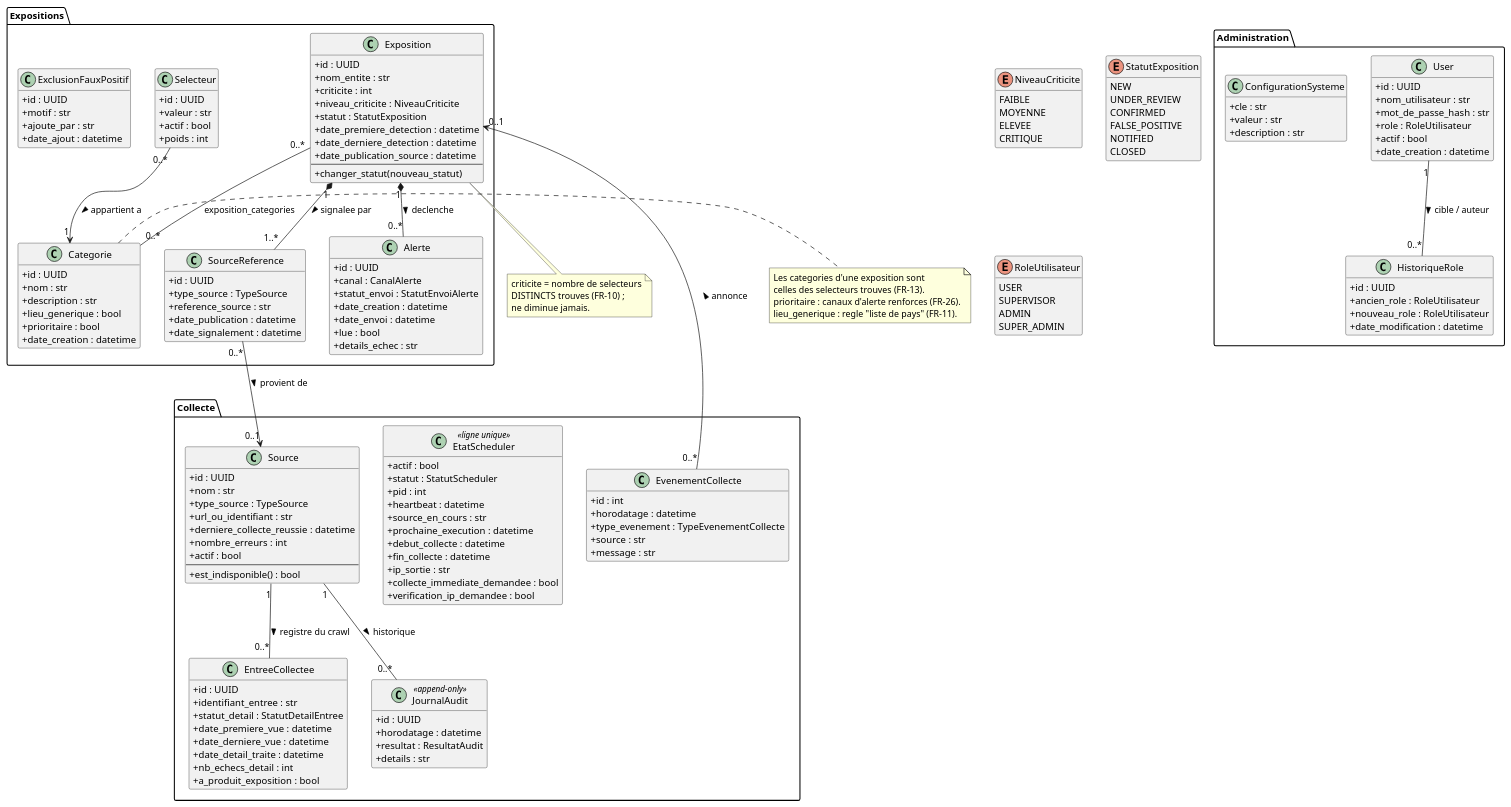
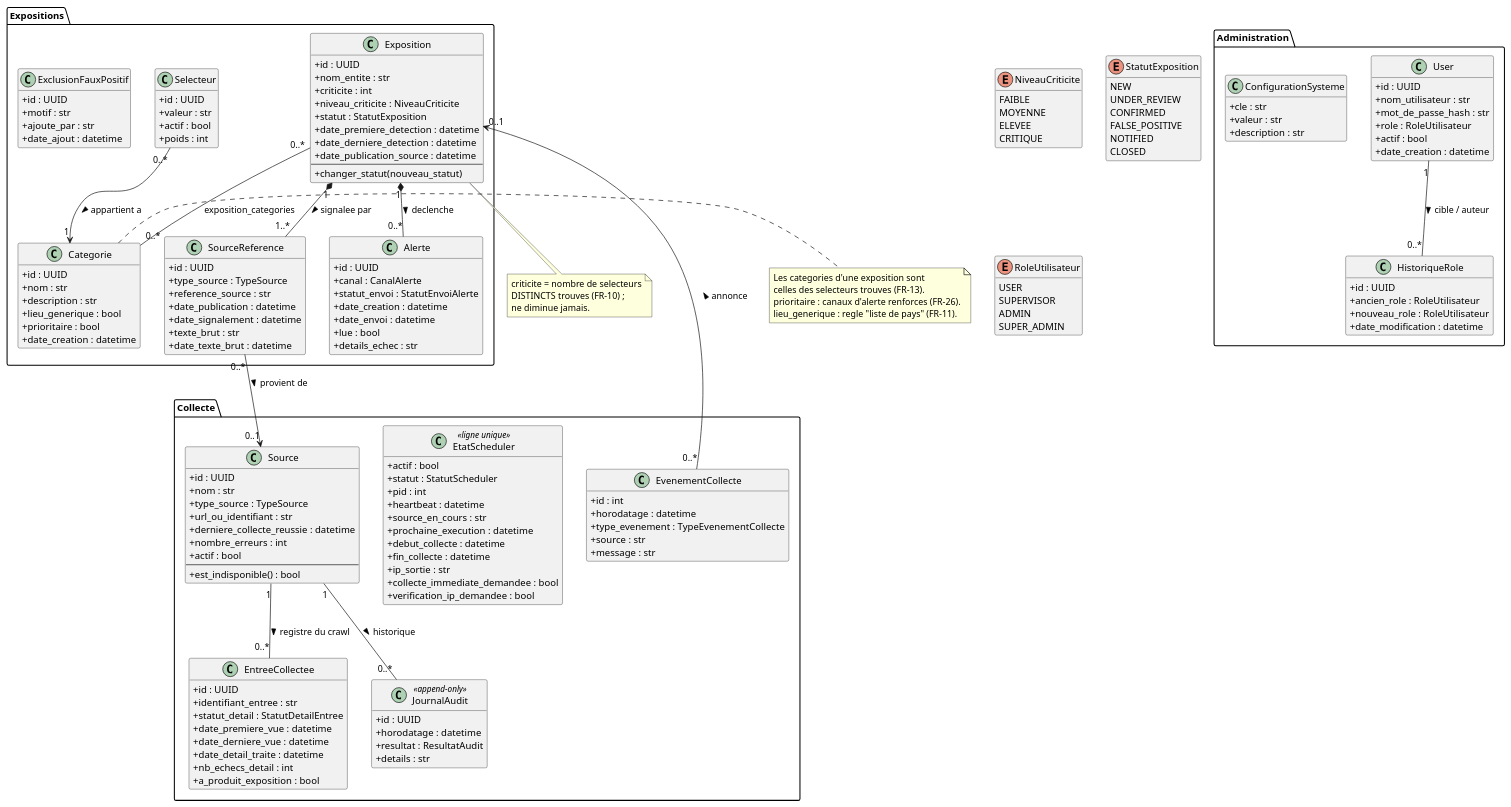
The diagram in docs/uml/classes.puml (vnyay1/dark-web-monitoring), drawn with PlantUML before and after one commit. The commit also changed 48 other files, not shown here.

```diff
--- a/docs/uml/classes.puml
+++ b/docs/uml/classes.puml
@@ -1,193 +1,195 @@
 @startuml ClassDiagram_DarkWebMonitoring
 
 ' Modele de donnees de Sentinel (app/models/__init__.py).
 ' CN-03 / CN-04 : seules des metadonnees sont stockees - aucune donnee
 ' divulguee, aucun nom de personne, aucun extrait d'annonce.
 
 skinparam classAttributeIconSize 0
 hide empty methods
 
 package "Expositions" {
 
   class Exposition {
     +id : UUID
     +nom_entite : str
     +criticite : int
     +niveau_criticite : NiveauCriticite
     +statut : StatutExposition
     +date_premiere_detection : datetime
     +date_derniere_detection : datetime
     +date_publication_source : datetime
     --
     +changer_statut(nouveau_statut)
   }
 
   class SourceReference {
     +id : UUID
     +type_source : TypeSource
     +reference_source : str
     +date_publication : datetime
     +date_signalement : datetime
+    +texte_brut : str
+    +date_texte_brut : datetime
   }
 
   class Categorie {
     +id : UUID
     +nom : str
     +description : str
     +lieu_generique : bool
     +prioritaire : bool
     +date_creation : datetime
   }
 
   class Selecteur {
     +id : UUID
     +valeur : str
     +actif : bool
     +poids : int
   }
 
   class ExclusionFauxPositif {
     +id : UUID
     +motif : str
     +ajoute_par : str
     +date_ajout : datetime
   }
 
   class Alerte {
     +id : UUID
     +canal : CanalAlerte
     +statut_envoi : StatutEnvoiAlerte
     +date_creation : datetime
     +date_envoi : datetime
     +lue : bool
     +details_echec : str
   }
 }
 
 package "Collecte" {
 
   class Source {
     +id : UUID
     +nom : str
     +type_source : TypeSource
     +url_ou_identifiant : str
     +derniere_collecte_reussie : datetime
     +nombre_erreurs : int
     +actif : bool
     --
     +est_indisponible() : bool
   }
 
   class EntreeCollectee {
     +id : UUID
     +identifiant_entree : str
     +statut_detail : StatutDetailEntree
     +date_premiere_vue : datetime
     +date_derniere_vue : datetime
     +date_detail_traite : datetime
     +nb_echecs_detail : int
     +a_produit_exposition : bool
   }
 
   class JournalAudit <<append-only>> {
     +id : UUID
     +horodatage : datetime
     +resultat : ResultatAudit
     +details : str
   }
 
   class EtatScheduler <<ligne unique>> {
     +actif : bool
     +statut : StatutScheduler
     +pid : int
     +heartbeat : datetime
     +source_en_cours : str
     +prochaine_execution : datetime
     +debut_collecte : datetime
     +fin_collecte : datetime
     +ip_sortie : str
     +collecte_immediate_demandee : bool
     +verification_ip_demandee : bool
   }
 
   class EvenementCollecte {
     +id : int
     +horodatage : datetime
     +type_evenement : TypeEvenementCollecte
     +source : str
     +message : str
   }
 }
 
 package "Administration" {
 
   class User {
     +id : UUID
     +nom_utilisateur : str
     +mot_de_passe_hash : str
     +role : RoleUtilisateur
     +actif : bool
     +date_creation : datetime
   }
 
   class HistoriqueRole {
     +id : UUID
     +ancien_role : RoleUtilisateur
     +nouveau_role : RoleUtilisateur
     +date_modification : datetime
   }
 
   class ConfigurationSysteme {
     +cle : str
     +valeur : str
     +description : str
   }
 }
 
 enum NiveauCriticite {
   FAIBLE
   MOYENNE
   ELEVEE
   CRITIQUE
 }
 
 enum StatutExposition {
   NEW
   UNDER_REVIEW
   CONFIRMED
   FALSE_POSITIVE
   NOTIFIED
   CLOSED
 }
 
 enum RoleUtilisateur {
   USER
   SUPERVISOR
   ADMIN
   SUPER_ADMIN
 }
 
 Exposition "1" *-- "1..*" SourceReference : signalee par >
 SourceReference "0..*" --> "0..1" Source : provient de >
 Exposition "0..*" -- "0..*" Categorie : exposition_categories
 Selecteur "0..*" --> "1" Categorie : appartient a >
 Exposition "1" *-- "0..*" Alerte : declenche >
 Source "1" -- "0..*" JournalAudit : historique >
 Source "1" -- "0..*" EntreeCollectee : registre du crawl >
 EvenementCollecte "0..*" --> "0..1" Exposition : annonce >
 User "1" -- "0..*" HistoriqueRole : cible / auteur >
 
 note right of Categorie
   Les categories d'une exposition sont
   celles des selecteurs trouves (FR-13).
   prioritaire : canaux d'alerte renforces (FR-26).
   lieu_generique : regle "liste de pays" (FR-11).
 end note
 
 note bottom of Exposition
   criticite = nombre de selecteurs
   DISTINCTS trouves (FR-10) ;
   ne diminue jamais.
 end note
 
 @enduml
```
